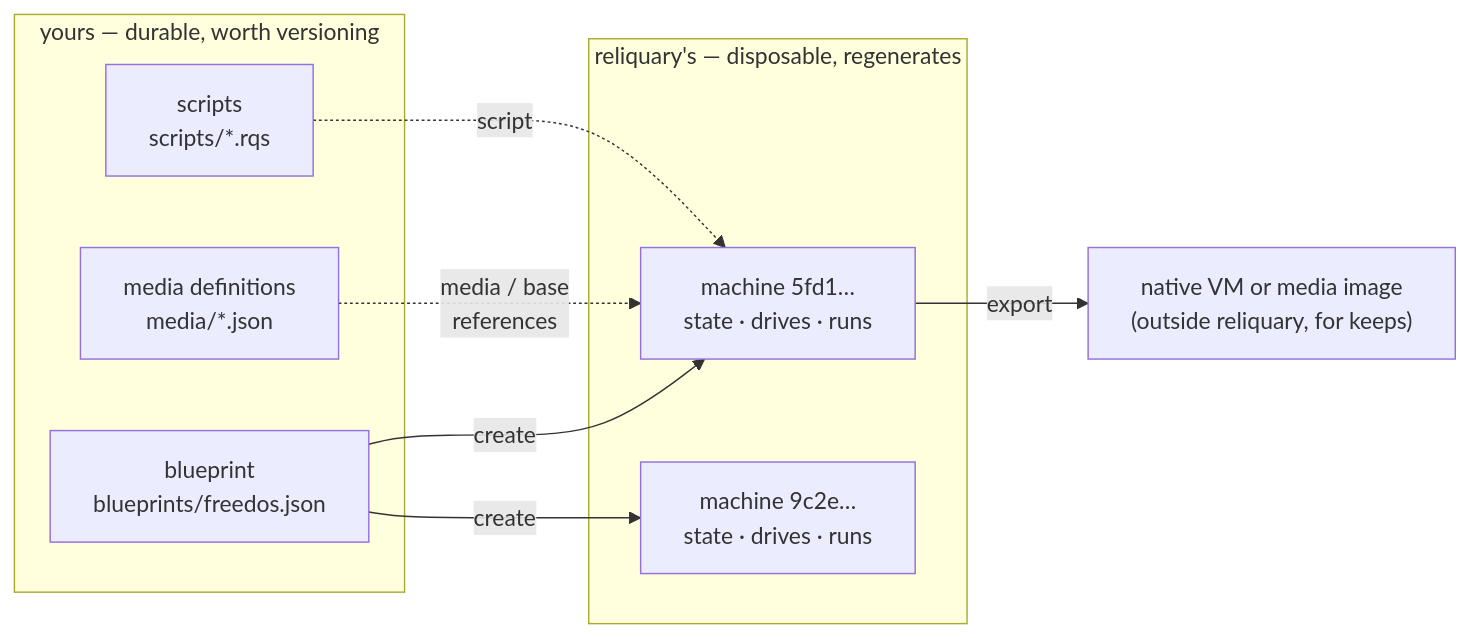
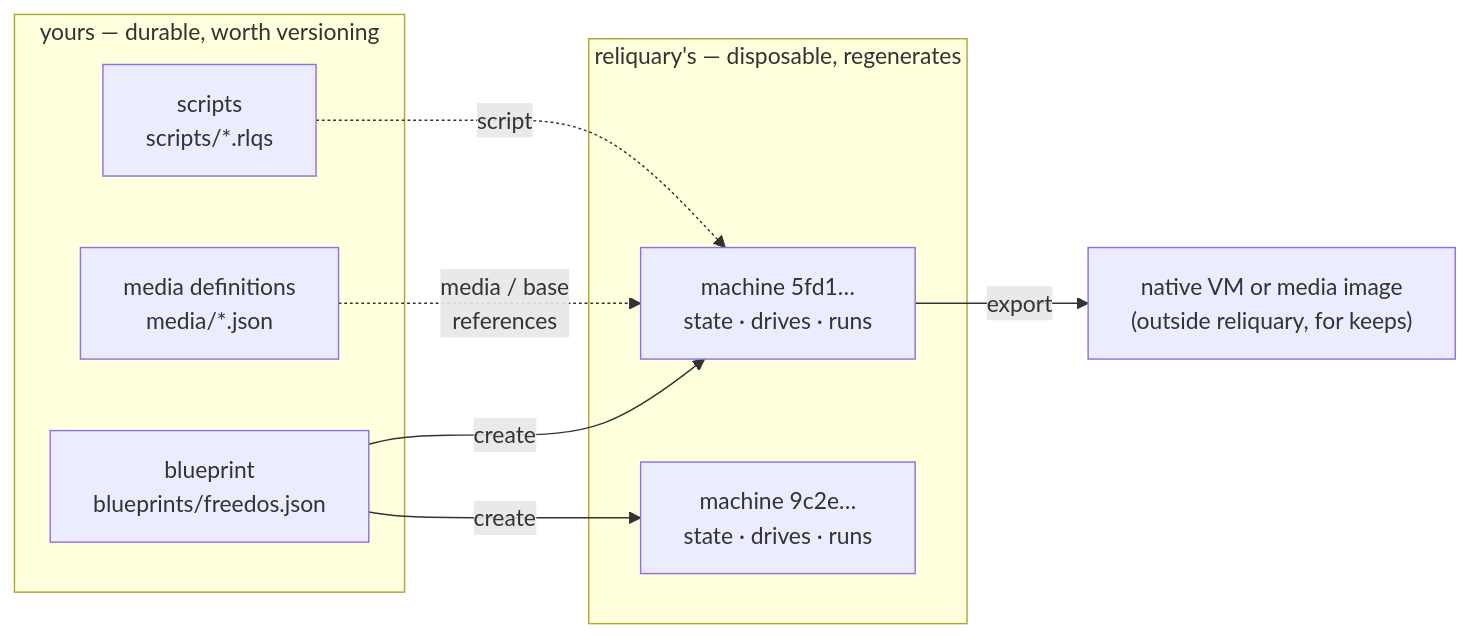
One commit to ferroteca/reliquary changed the first of 2 diagrams in docs/machine-blueprint.md. Above: the diagram before and after it, drawn with Mermaid. The commit also changed 20 other files, not shown here.

Commit message:
Rename .rqs to .rlqs file extension

````diff
--- a/docs/machine-blueprint.md
+++ b/docs/machine-blueprint.md
@@ -27,17 +27,17 @@
 ```mermaid
 flowchart LR
     subgraph yours["yours — durable, worth versioning"]
         BP["blueprint<br/>blueprints/freedos.json"]
         MED["media definitions<br/>media/*.json"]
-        SCR["scripts<br/>scripts/*.rqs"]
+        SCR["scripts<br/>scripts/*.rlqs"]
     end
     subgraph reliquarys["reliquary's — disposable, regenerates"]
         M1["machine 5fd1…<br/>state · drives · runs"]
         M2["machine 9c2e…<br/>state · drives · runs"]
     end
     BP -- "create" --> M1
     BP -- "create" --> M2
     MED -. "media / base<br/>references" .-> M1
     SCR -. "script" .-> M1
     M1 -- "export" --> OUT["native VM or media image<br/>(outside reliquary, for keeps)"]
 ```
````
